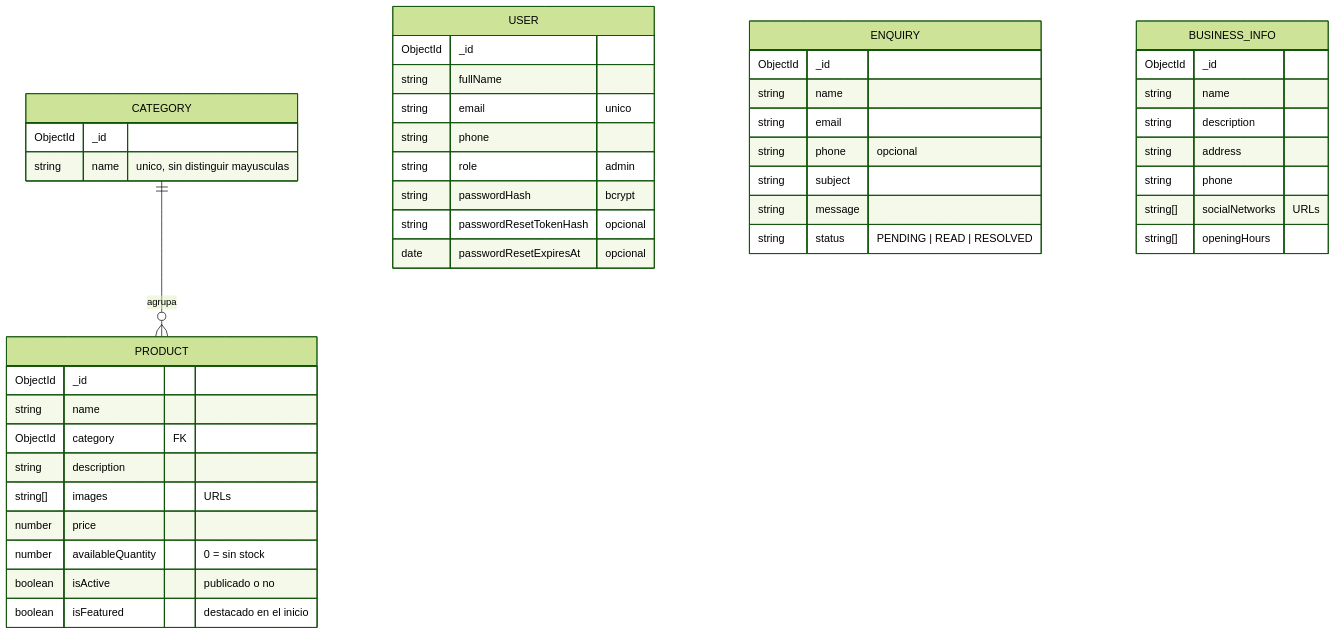
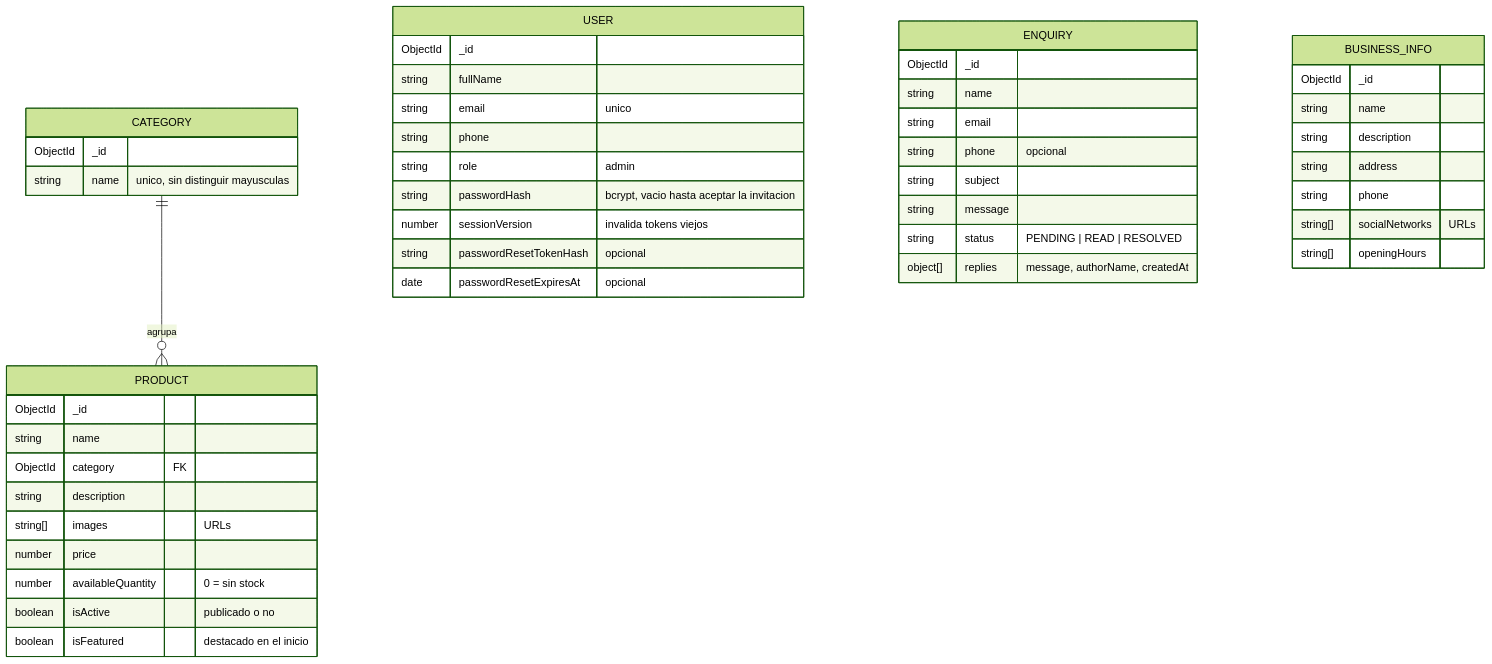
One commit to FranciscoMessina/tp-aplicaciones-interactivas changed the diagram in docs/modelo-de-datos.md. Above: the diagram before and after it, drawn with Mermaid (forest theme). The commit also changed other lines of this file and 71 other files, not shown here.

````diff
--- a/docs/modelo-de-datos.md
+++ b/docs/modelo-de-datos.md
@@ -7,47 +7,49 @@
 ```mermaid
 erDiagram
     CATEGORY ||--o{ PRODUCT : "agrupa"
     CATEGORY {
         ObjectId _id
         string name "unico, sin distinguir mayusculas"
     }
     PRODUCT {
         ObjectId _id
         string name
         ObjectId category FK
         string description
         string[] images "URLs"
         number price
         number availableQuantity "0 = sin stock"
         boolean isActive "publicado o no"
         boolean isFeatured "destacado en el inicio"
     }
     USER {
         ObjectId _id
         string fullName
         string email "unico"
         string phone
         string role "admin"
-        string passwordHash "bcrypt"
+        string passwordHash "bcrypt, vacio hasta aceptar la invitacion"
+        number sessionVersion "invalida tokens viejos"
         string passwordResetTokenHash "opcional"
         date passwordResetExpiresAt "opcional"
     }
     ENQUIRY {
         ObjectId _id
         string name
         string email
         string phone "opcional"
         string subject
         string message
         string status "PENDING | READ | RESOLVED"
+        object[] replies "message, authorName, createdAt"
     }
     BUSINESS_INFO {
         ObjectId _id
         string name
         string description
         string address
         string phone
         string[] socialNetworks "URLs"
         string[] openingHours
     }
 ```
````
